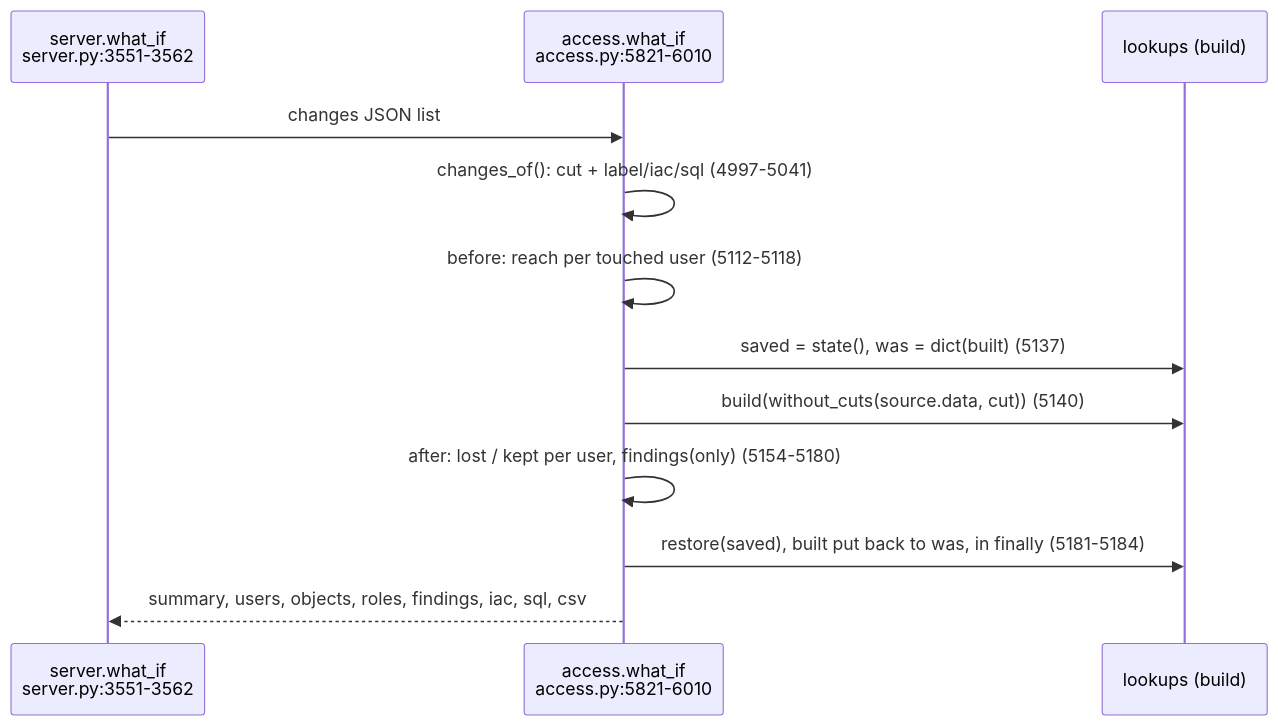
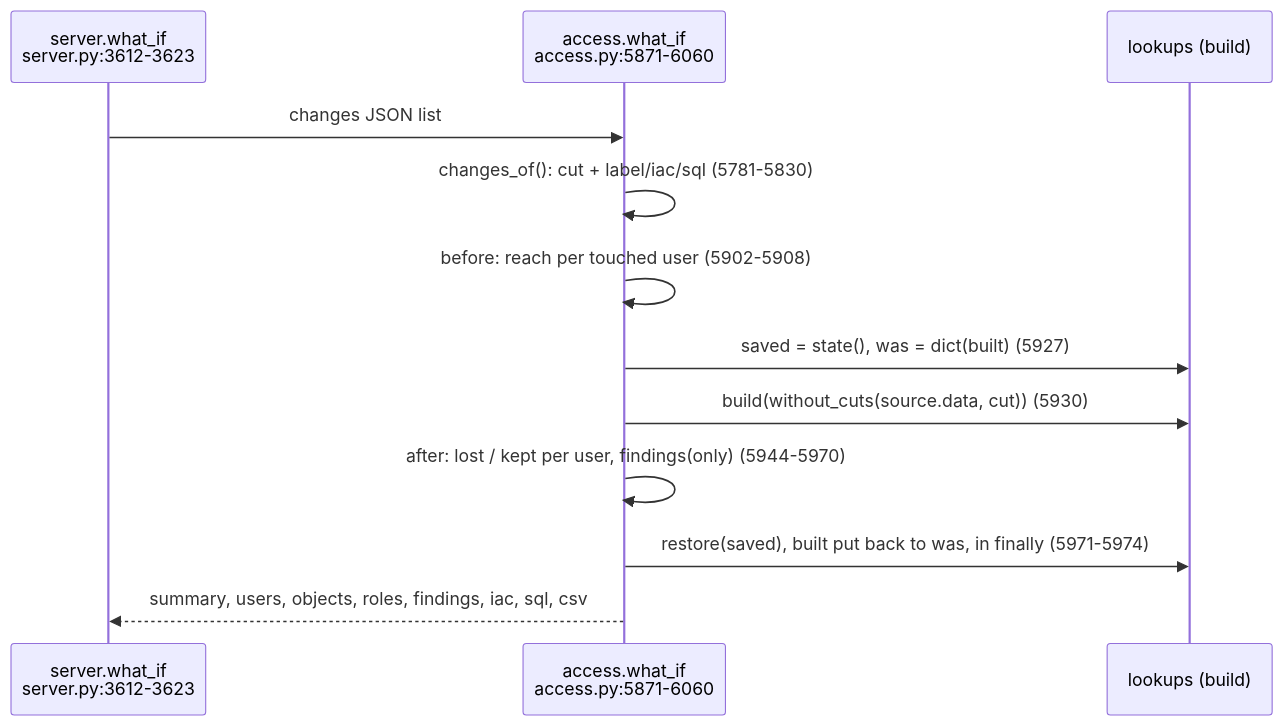
Before and after one commit to darshanmeel/snowflake-access-explorer: the diagram in snowflake-access-explorer-knowledge-graph/logic/what-if.md, drawn with Mermaid. The commit also changed other lines of this file and 90 other files, not shown here.

Commit message:
Knowledge graph: up to date with the left-nav sections, Can they?, Compare, What if and risk tables

````diff
--- a/snowflake-access-explorer-knowledge-graph/logic/what-if.md
+++ b/snowflake-access-explorer-knowledge-graph/logic/what-if.md
@@ -6,14 +6,14 @@
 ```mermaid
 sequenceDiagram
-  participant S as server.what_if<br/>server.py:3551-3562
-  participant W as access.what_if<br/>access.py:5821-6010
+  participant S as server.what_if<br/>server.py:3612-3623
+  participant W as access.what_if<br/>access.py:5871-6060
   participant L as lookups (build)
   S->>W: changes JSON list
-  W->>W: changes_of(): cut + label/iac/sql (4997-5041)
-  W->>W: before: reach per touched user (5112-5118)
-  W->>L: saved = state(), was = dict(built) (5137)
-  W->>L: build(without_cuts(source.data, cut)) (5140)
-  W->>W: after: lost / kept per user, findings(only) (5154-5180)
-  W->>L: restore(saved), built put back to was, in finally (5181-5184)
+  W->>W: changes_of(): cut + label/iac/sql (5781-5830)
+  W->>W: before: reach per touched user (5902-5908)
+  W->>L: saved = state(), was = dict(built) (5927)
+  W->>L: build(without_cuts(source.data, cut)) (5930)
+  W->>W: after: lost / kept per user, findings(only) (5944-5970)
+  W->>L: restore(saved), built put back to was, in finally (5971-5974)
   W-->>S: summary, users, objects, roles, findings, iac, sql, csv
 ```
````
